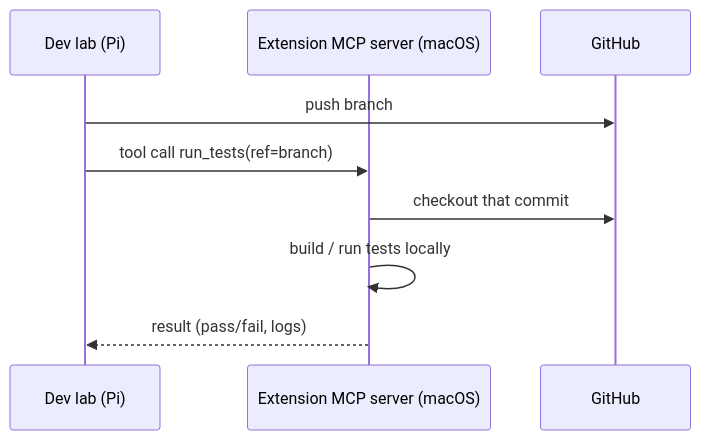
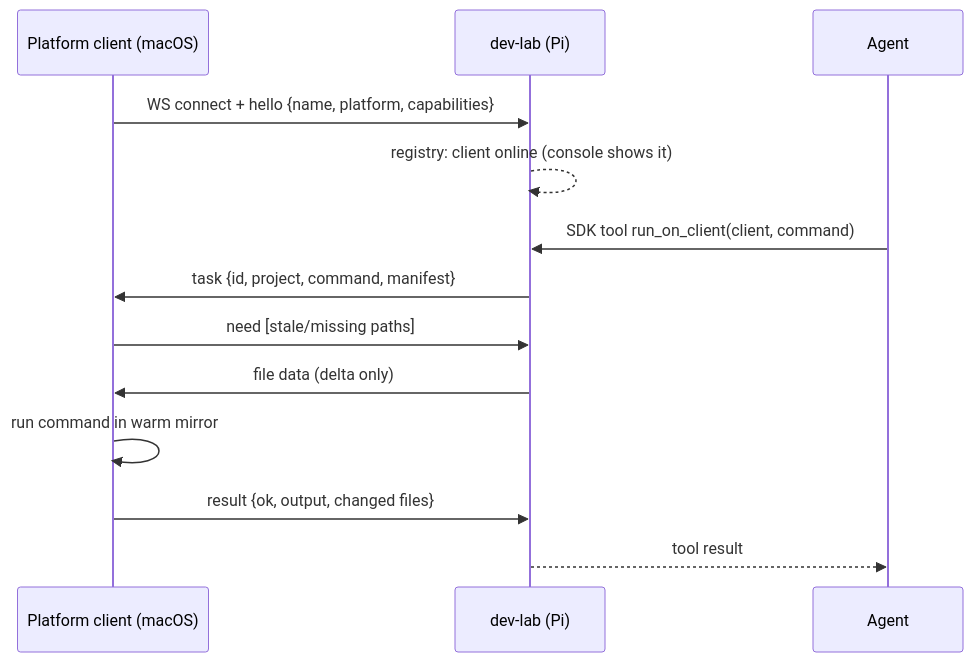
Before and after one commit to epatel/claude-agent-team: the diagram in cards/extension-clients.md, drawn with Mermaid. The commit also changed other lines of this file and 24 other files, not shown here.

First line of the commit message:
Reverse the platform-client connection: clients dial the lab (M6 v1)

````diff
--- a/cards/extension-clients.md
+++ b/cards/extension-clients.md
@@ -46,11 +19,15 @@
 ```mermaid
 sequenceDiagram
-    participant LAB as Dev lab (Pi)
-    participant EXT as Extension MCP server (macOS)
-    participant GH as GitHub
-    LAB->>GH: push branch
-    LAB->>EXT: tool call run_tests(ref=branch)
-    EXT->>GH: checkout that commit
-    EXT->>EXT: build / run tests locally
-    EXT-->>LAB: result (pass/fail, logs)
+    participant C as Platform client (macOS)
+    participant LAB as dev-lab (Pi)
+    participant A as Agent
+    C->>LAB: WS connect + hello {name, platform, capabilities}
+    LAB-->>LAB: registry: client online (console shows it)
+    A->>LAB: SDK tool run_on_client(client, command)
+    LAB->>C: task {id, project, command, manifest}
+    C->>LAB: need [stale/missing paths]
+    LAB->>C: file data (delta only)
+    C->>C: run command in warm mirror
+    C->>LAB: result {ok, output, changed files}
+    LAB-->>A: tool result
 ```
````
